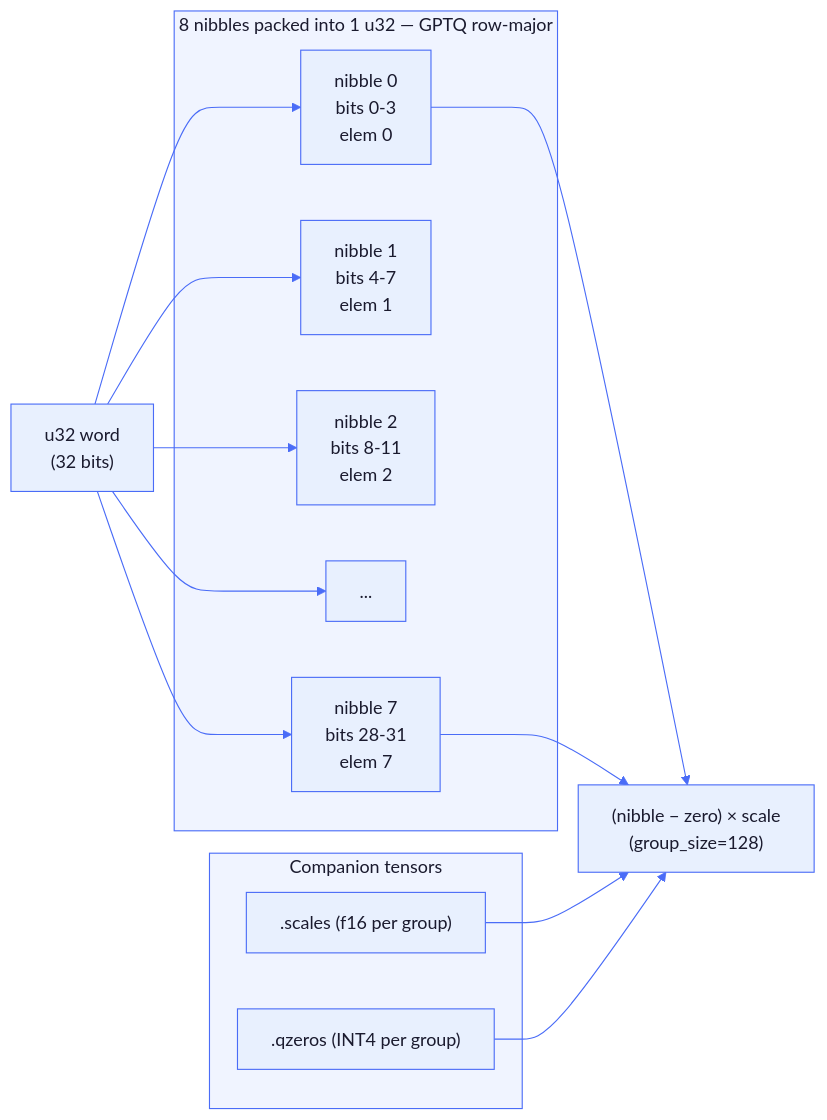
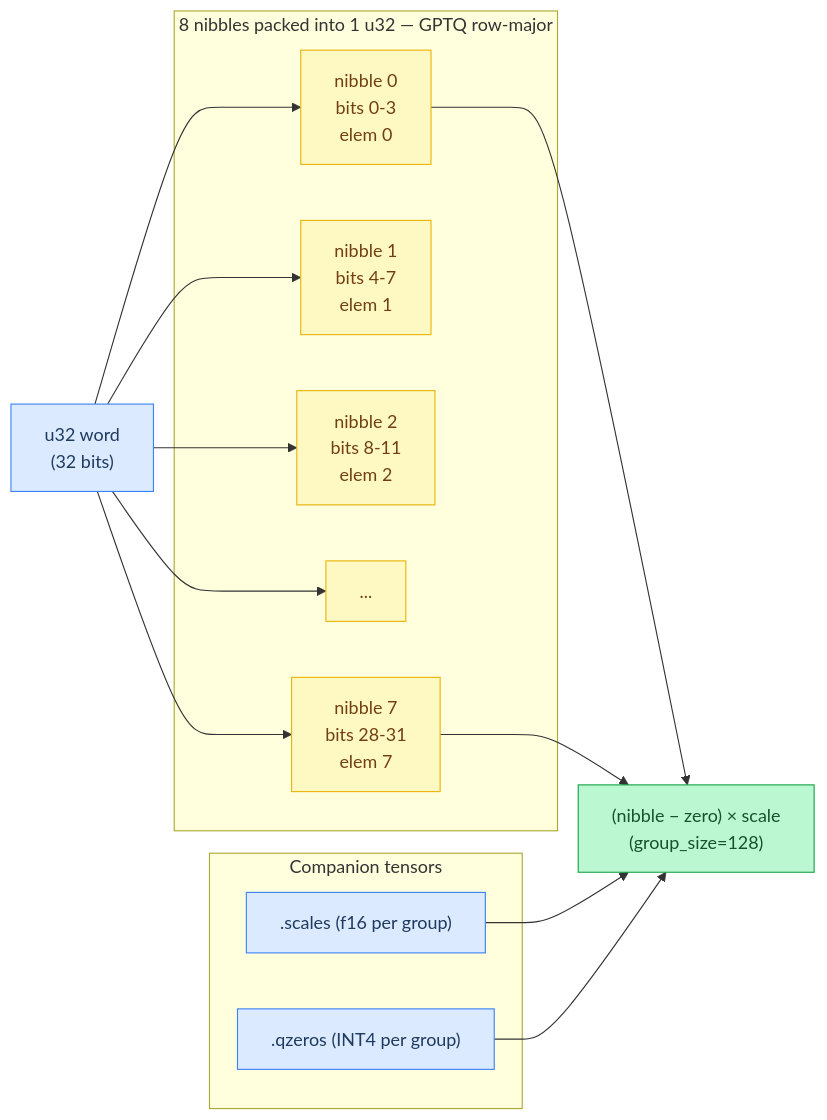
One commit to maci0/agave changed the fourth of 8 diagrams in docs/tutorial/04-quantization.md. Above: the diagram before and after it, drawn with Mermaid. The commit also changed other lines of this file and 24 other files, not shown here.

First line of the commit message:
docs: convert all mermaid diagrams to classDef semantic colors

````diff
--- a/docs/tutorial/04-quantization.md
+++ b/docs/tutorial/04-quantization.md
@@ -392,43 +388,44 @@
 ```mermaid
-%%{init: {'theme': 'base', 'themeVariables': {
-  'primaryColor': '#e8f0fe',
-  'primaryTextColor': '#1a1a2e',
-  'primaryBorderColor': '#4a6cf7',
-  'lineColor': '#4a6cf7',
-  'secondaryColor': '#f0f4ff',
-  'tertiaryColor': '#f8f9ff',
-  'edgeLabelBackground': '#ffffff',
-  'clusterBkg': '#f0f4ff',
-  'clusterBorder': '#4a6cf7',
-  'titleColor': '#1a1a2e',
-  'nodeTextColor': '#1a1a2e',
-  'fontFamily': 'ui-monospace, SFMono-Regular, monospace'
-}}}%%
 flowchart LR
-    U32["u32 word\n(32 bits)"]
+    classDef setup     fill:#dbeafe,stroke:#3b82f6,color:#1e3a5f
+    classDef sync      fill:#dcfce7,stroke:#22c55e,color:#14532d
+    classDef migration fill:#fef9c3,stroke:#eab308,color:#713f12
+    classDef success   fill:#bbf7d0,stroke:#16a34a,color:#14532d
+    classDef danger    fill:#fee2e2,stroke:#ef4444,color:#7f1d1d
+    classDef optional  fill:#f3e8ff,stroke:#9333ea,color:#581c87
 
-    U32 --> N0["nibble 0\nbits 0-3\nelem 0"]
-    U32 --> N1["nibble 1\nbits 4-7\nelem 1"]
-    U32 --> N2["nibble 2\nbits 8-11\nelem 2"]
-    U32 --> Dots["..."]
-    U32 --> N7["nibble 7\nbits 28-31\nelem 7"]
+    U32["u32 word\n(32 bits)"]:::setup
+    N0["nibble 0\nbits 0-3\nelem 0"]:::migration
+    N1["nibble 1\nbits 4-7\nelem 1"]:::migration
+    N2["nibble 2\nbits 8-11\nelem 2"]:::migration
+    Dots["..."]:::migration
+    N7["nibble 7\nbits 28-31\nelem 7"]:::migration
+    DQ["(nibble − zero) × scale\n(group_size=128)"]:::success
+    SC[".scales  (f16 per group)"]:::setup
+    ZR[".qzeros  (INT4 per group)"]:::setup
 
-    N0 --> DQ["(nibble − zero) × scale\n(group_size=128)"]
+    U32 --> N0
+    U32 --> N1
+    U32 --> N2
+    U32 --> Dots
+    U32 --> N7
+
+    N0 --> DQ
     N7 --> DQ
 
     subgraph Companions["Companion tensors"]
-        SC[".scales  (f16 per group)"]
-        ZR[".qzeros  (INT4 per group)"]
+        SC
+        ZR
     end
 
     SC --> DQ
     ZR --> DQ
 
     subgraph Layout["8 nibbles packed into 1 u32 — GPTQ row-major"]
         N0
         N1
         N2
         Dots
         N7
     end
 ```
````
